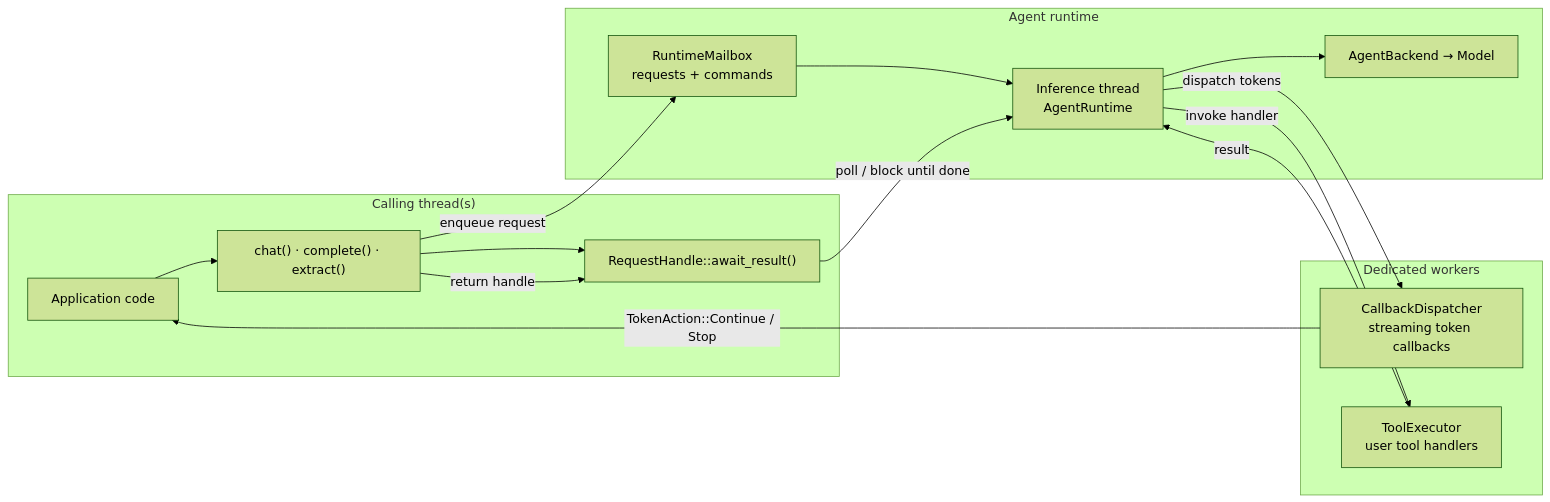
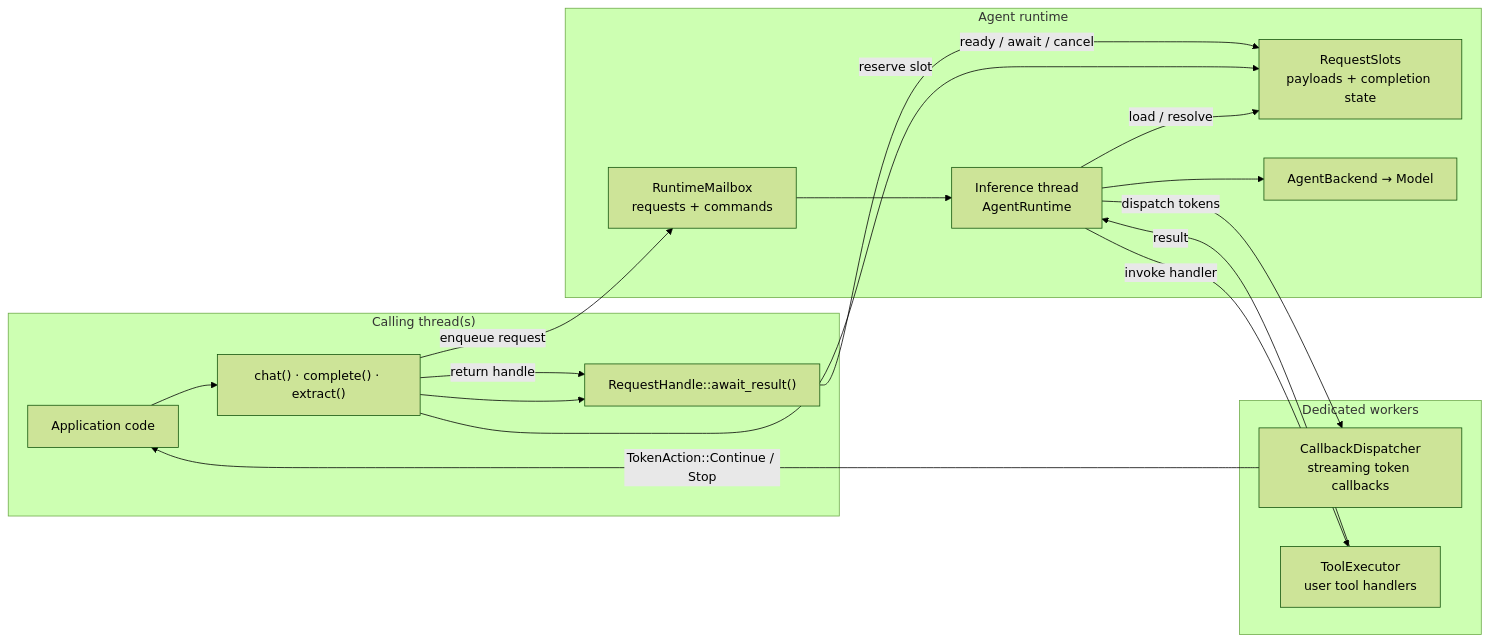
Before and after one commit to crybo-rybo/zoo-keeper: the third of 4 diagrams in docs/architecture.md, drawn with Mermaid (forest theme). The commit also changed other lines of this file and 5 other files, not shown here.

Commit message:
docs: align architecture diagrams with implementation

````diff
--- a/docs/architecture.md
+++ b/docs/architecture.md
@@ -121,30 +127,33 @@
 ```mermaid
 flowchart LR
     subgraph Caller["Calling thread(s)"]
         APP["Application code"]
         SUB["chat() · complete() · extract()"]
         AWAIT["RequestHandle::await_result()"]
         APP --> SUB --> AWAIT
     end
 
     subgraph Runtime["Agent runtime"]
+        SLOTS["RequestSlots<br/>payloads + completion state"]
         MB["RuntimeMailbox<br/>requests + commands"]
         INF["Inference thread<br/>AgentRuntime"]
         BE["AgentBackend → Model"]
         MB --> INF --> BE
+        INF -->|"load / resolve"| SLOTS
     end
 
     subgraph Workers["Dedicated workers"]
         CB["CallbackDispatcher<br/>streaming token callbacks"]
         TE["ToolExecutor<br/>user tool handlers"]
     end
 
+    SUB -->|"reserve slot"| SLOTS
     SUB -->|"enqueue request"| MB
     SUB -->|"return handle"| AWAIT
     INF -->|"dispatch tokens"| CB
     CB -->|"TokenAction::Continue / Stop"| APP
     INF -->|"invoke handler"| TE
     TE -->|"result"| INF
-    AWAIT -->|"poll / block until done"| INF
+    AWAIT -->|"ready / await / cancel"| SLOTS
 
 ```
````
